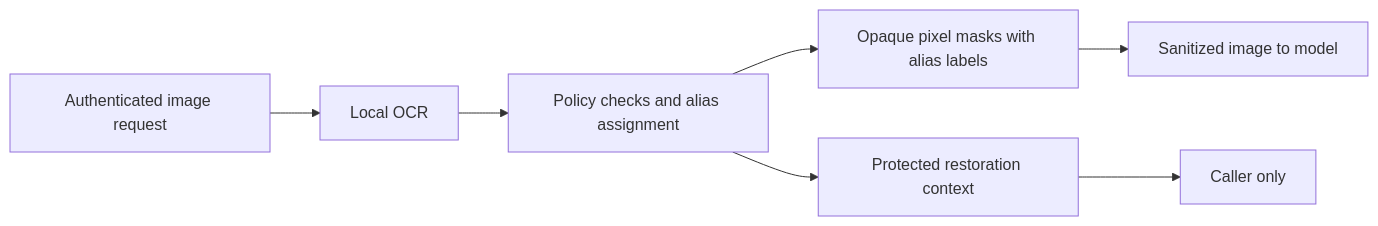
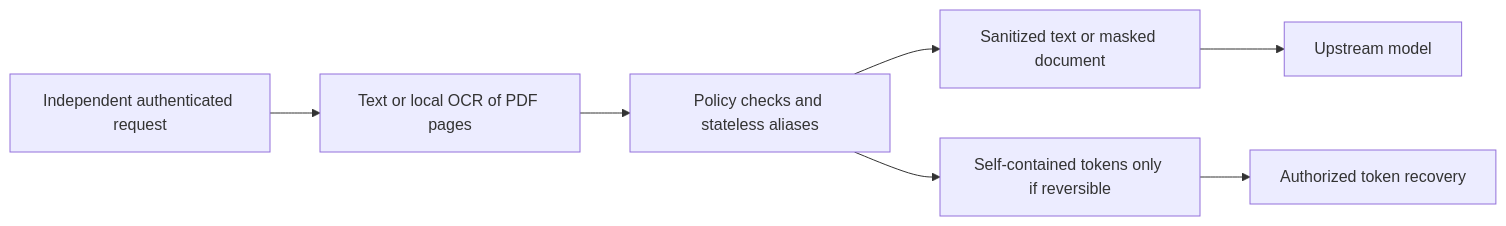
The diagram in docs/anonymization-plan.md (llama-lovers/FastFence), drawn with Mermaid before and after one commit. The commit also changed other lines of this file and 12 other files, not shown here.

Commit message:
docs: add supplied branding and plan stateless PDF anonymization

````diff
--- a/docs/anonymization-plan.md
+++ b/docs/anonymization-plan.md
@@ -23,9 +82,9 @@
 ```mermaid
 flowchart LR
-    A[Authenticated image request] --> B[Local OCR]
-    B --> C[Policy checks and alias assignment]
-    C --> D[Opaque pixel masks with alias labels]
-    D --> E[Sanitized image to model]
-    C --> F[Protected restoration context]
-    F --> G[Caller only]
+    A[Independent authenticated request] --> B[Text or local OCR of PDF pages]
+    B --> C[Policy checks and stateless aliases]
+    C --> D[Sanitized text or masked document]
+    D --> E[Upstream model]
+    C --> F[Self-contained tokens only if reversible]
+    F --> G[Authorized token recovery]
 ```
````
